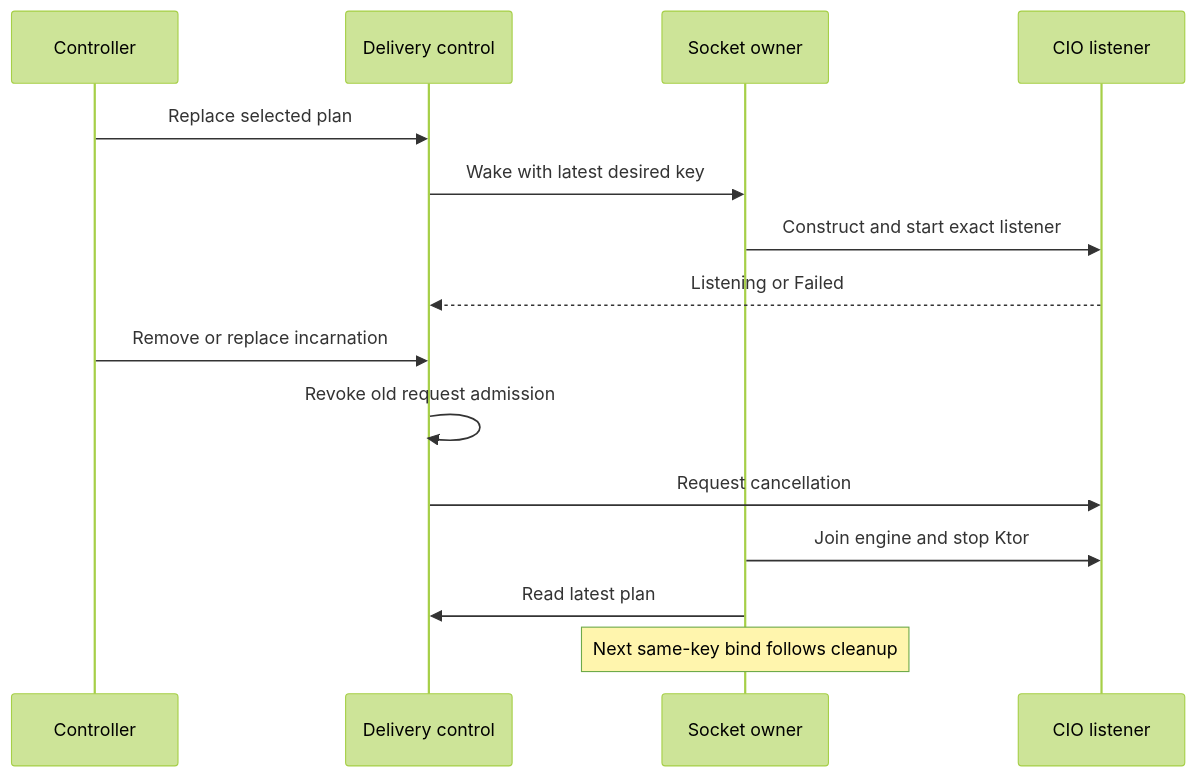
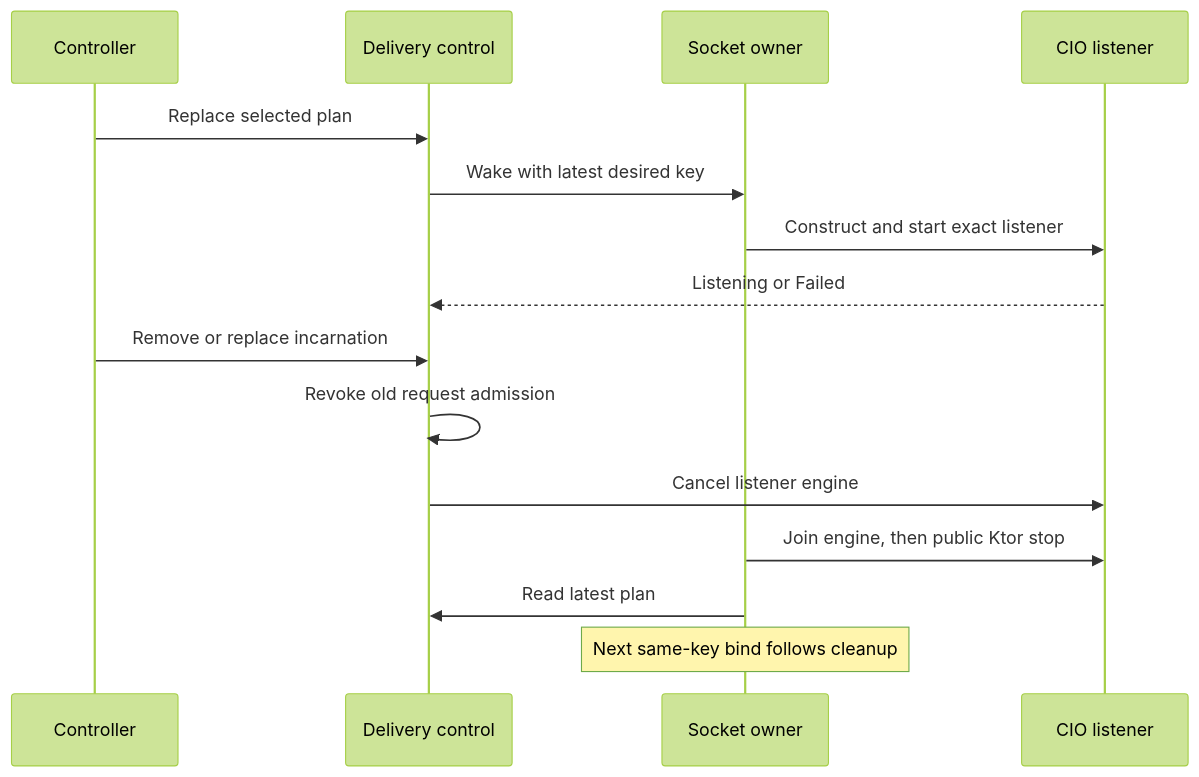
The diagram in mjpeg2/internal/03-delivery/http-delivery.md (dkrivoruchko/ScreenStream), drawn with Mermaid (forest theme) before and after one commit. The commit also changed other lines of this file and 108 other files, not shown here.

````diff
--- a/mjpeg2/internal/03-delivery/http-delivery.md
+++ b/mjpeg2/internal/03-delivery/http-delivery.md
@@ -50,17 +50,17 @@
 ```mermaid
 sequenceDiagram
     participant C as Controller
     participant D as Delivery control
     participant O as Socket owner
     participant L as CIO listener
     C->>D: Replace selected plan
     D->>O: Wake with latest desired key
     O->>L: Construct and start exact listener
     L-->>D: Listening or Failed
     C->>D: Remove or replace incarnation
     D->>D: Revoke old request admission
-    D->>L: Request cancellation
-    O->>L: Join engine and stop Ktor
+    D->>L: Cancel listener engine
+    O->>L: Join engine, then public Ktor stop
     O->>D: Read latest plan
     Note over O: Next same-key bind follows cleanup
 ```
````
